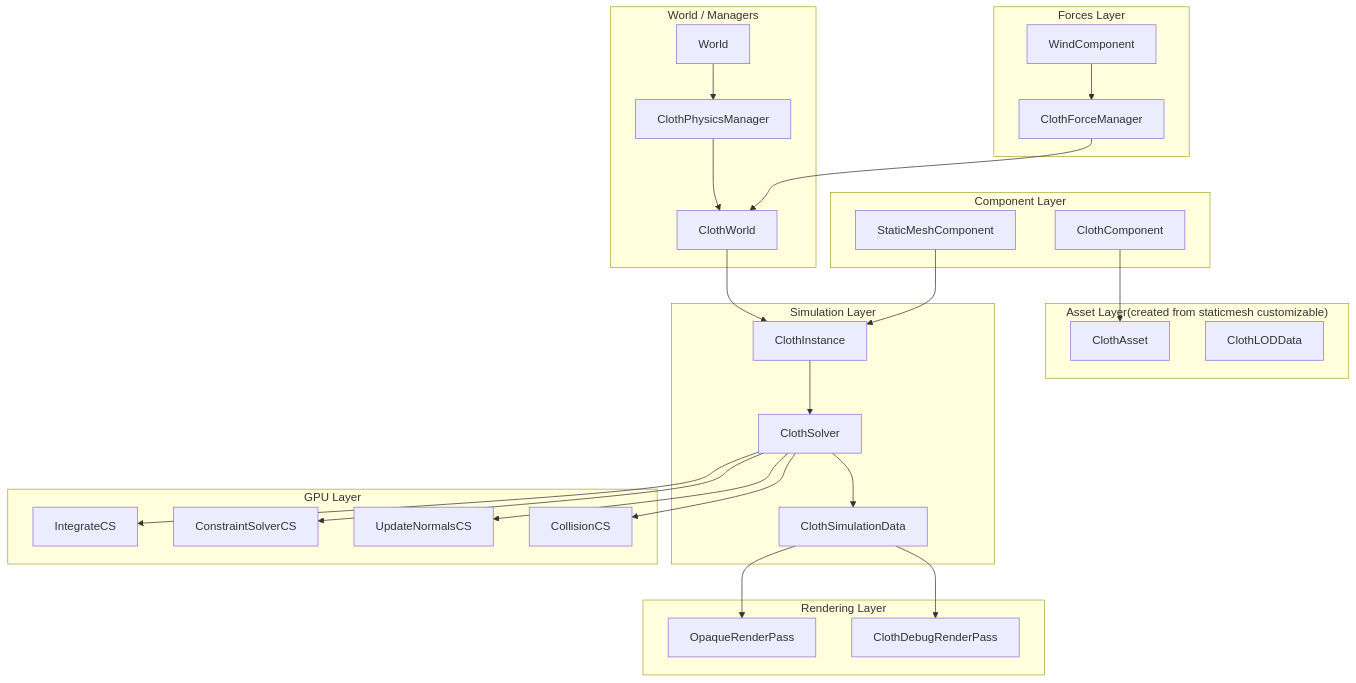
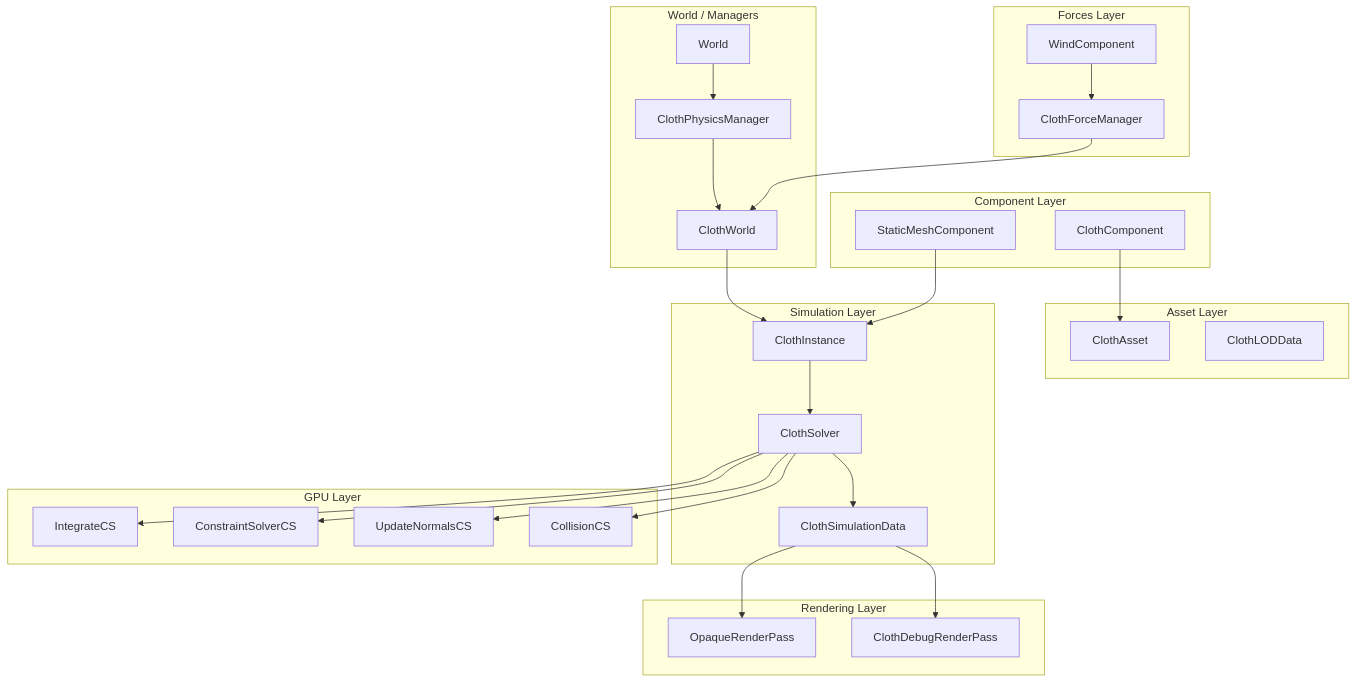
The first of 4 diagrams in plans/cloth-simulation-architecture.md (choux-croquant/GTL_1st_cohort), drawn with Mermaid before and after one commit.

Commit message:
Refactor Asset Layer subgraph title in architecture doc

````diff
--- a/plans/cloth-simulation-architecture.md
+++ b/plans/cloth-simulation-architecture.md
@@ -13,61 +13,61 @@
 ```mermaid
 graph TB
     subgraph "World / Managers"
         World[World]
         ClothPhysMgr[ClothPhysicsManager]
         ClothWorld[ClothWorld]
     end
 
     subgraph "Component Layer"
         ClothComp[ClothComponent]
         StaticMeshComp[StaticMeshComponent]
     end
     
-    subgraph "Asset Layer(created from staticmesh customizable)"
+    subgraph "Asset Layer"
         ClothAsset[ClothAsset]
         ClothLOD[ClothLODData]
     end
     
     subgraph "Simulation Layer"
         ClothInstance[ClothInstance]
         ClothSolver[ClothSolver]
         ClothSimData[ClothSimulationData]
     end
     
     subgraph "GPU Layer"
         IntegrateCS[IntegrateCS]
         ConstraintCS[ConstraintSolverCS]
         NormalCS[UpdateNormalsCS]
         CollisionCS[CollisionCS]
     end
     
     subgraph "Forces Layer"
         ForceManager[ClothForceManager]
         WindComp[WindComponent]
     end
     
     subgraph "Rendering Layer"
         OpaquePass[OpaqueRenderPass]
         ClothDebugPass[ClothDebugRenderPass]
     end
     
     World --> ClothPhysMgr
     ClothPhysMgr --> ClothWorld
     ClothWorld --> ClothInstance
     ClothInstance --> ClothSolver
     
     ClothComp --> ClothAsset
     StaticMeshComp --> ClothInstance
 
     ClothSolver --> ClothSimData
     ClothSolver --> IntegrateCS
     ClothSolver --> ConstraintCS
     ClothSolver --> NormalCS
     ClothSolver --> CollisionCS
     
     ForceManager --> ClothWorld
     WindComp --> ForceManager
     
     ClothSimData --> OpaquePass
     ClothSimData --> ClothDebugPass
 ```
````
